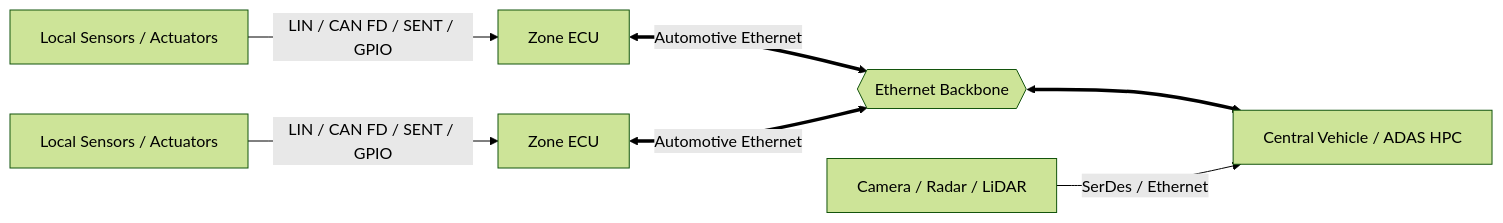
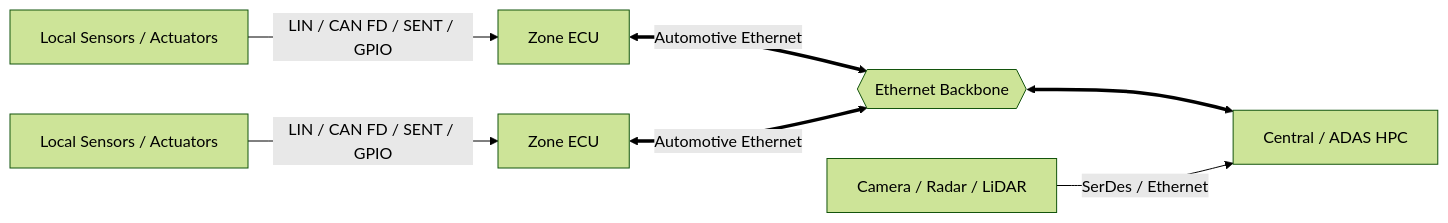
Before and after one commit to sunmaan22/SDV_MCU_Project: the second of 4 diagrams in README.md, drawn with Mermaid (forest theme). The commit also changed other lines of this file, not shown here.

Commit message:
docs: align README with six-role perception judgment control architecture

````diff
--- a/README.md
+++ b/README.md
@@ -76,9 +153,9 @@
 ```mermaid
 flowchart LR
     LOCAL1["Local Sensors / Actuators"] -->|"LIN / CAN FD / SENT / GPIO"| Z1["Zone ECU"]
     LOCAL2["Local Sensors / Actuators"] -->|"LIN / CAN FD / SENT / GPIO"| Z2["Zone ECU"]
     Z1 <==>|"Automotive Ethernet"| ETH{{"Ethernet Backbone"}}
     Z2 <==>|"Automotive Ethernet"| ETH
-    ETH <==> HPC["Central Vehicle / ADAS HPC"]
+    ETH <==> HPC["Central / ADAS HPC"]
     CAM["Camera / Radar / LiDAR"] -->|"SerDes / Ethernet"| HPC
 ```
````
